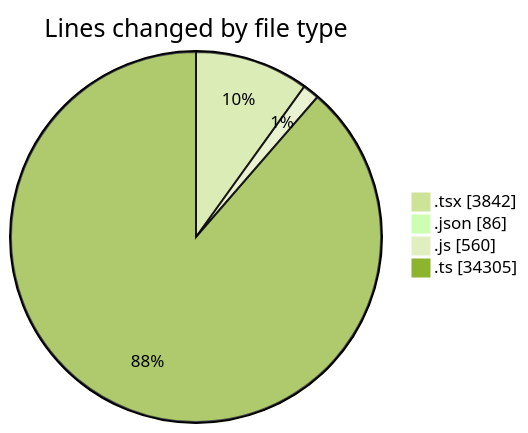
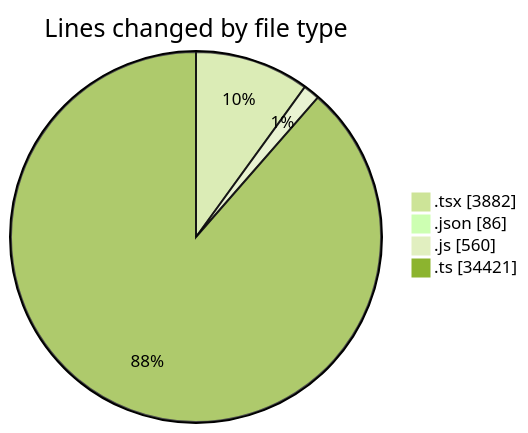
The first of 2 diagrams in 2025-11-10/cda/README.md (momahboobian/code-tracking), drawn with Mermaid (forest theme) before and after one commit. The commit also changed other lines of this file and 1 other file, not shown here.

````diff
--- a/2025-11-10/cda/README.md
+++ b/2025-11-10/cda/README.md
@@ -39,8 +39,8 @@
 ```mermaid
 pie showData
 title Lines changed by file type
-".tsx" : 3842
+".tsx" : 3882
 ".json" : 86
 ".js" : 560
-".ts" : 34305
+".ts" : 34421
 ```
````
